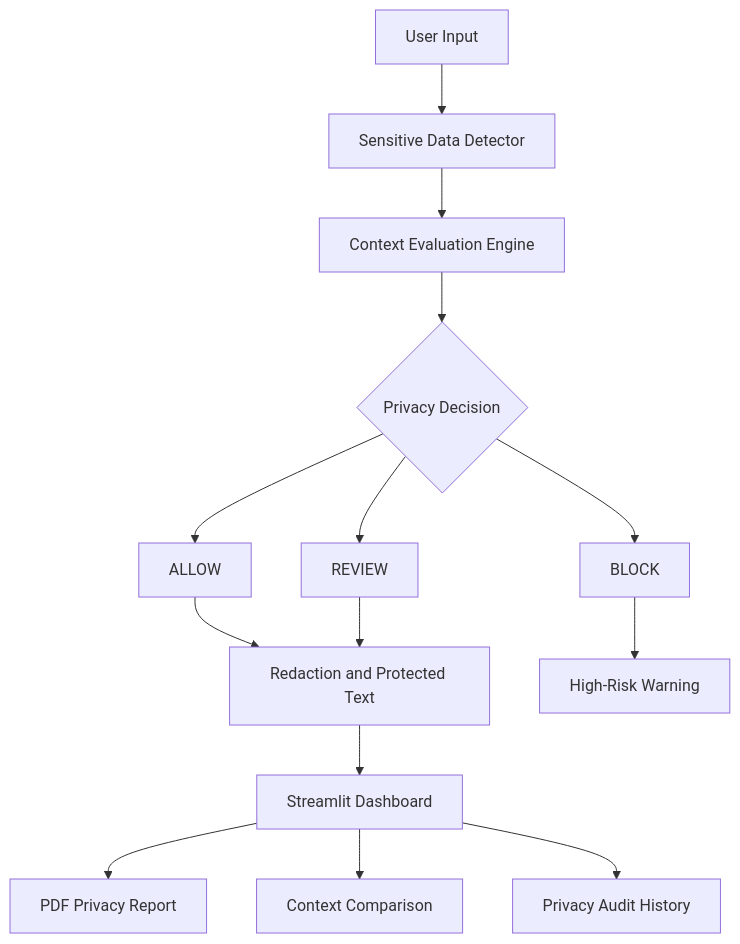
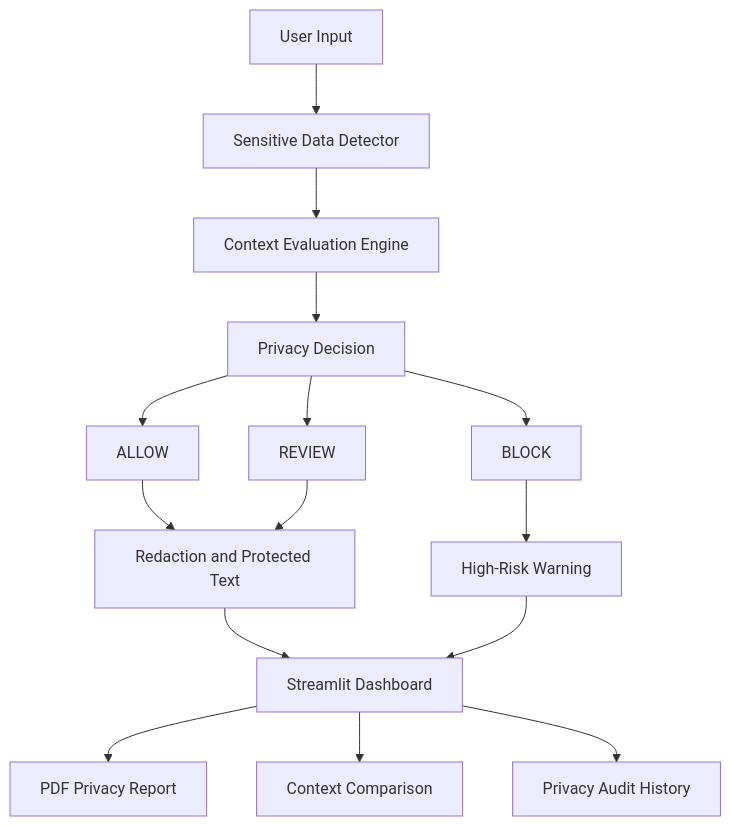
Before and after one commit to AnupamaKambar/ContextAwareAI: the diagram in README.md, drawn with Mermaid.

````diff
--- a/README.md
+++ b/README.md
@@ -63,16 +62,21 @@
 ```mermaid
 flowchart TD
     A["User Input"] --> B["Sensitive Data Detector"]
     B --> C["Context Evaluation Engine"]
-    C --> D{"Privacy Decision"}
+    C --> D["Privacy Decision"]
+
     D --> E["ALLOW"]
     D --> F["REVIEW"]
     D --> G["BLOCK"]
+
     E --> H["Redaction and Protected Text"]
     F --> H
     G --> I["High-Risk Warning"]
+
     H --> J["Streamlit Dashboard"]
+    I --> J
+
     J --> K["PDF Privacy Report"]
     J --> L["Context Comparison"]
     J --> M["Privacy Audit History"]
 ```
````
